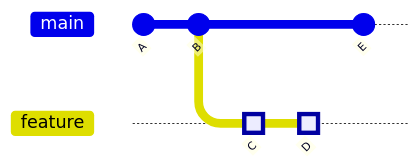
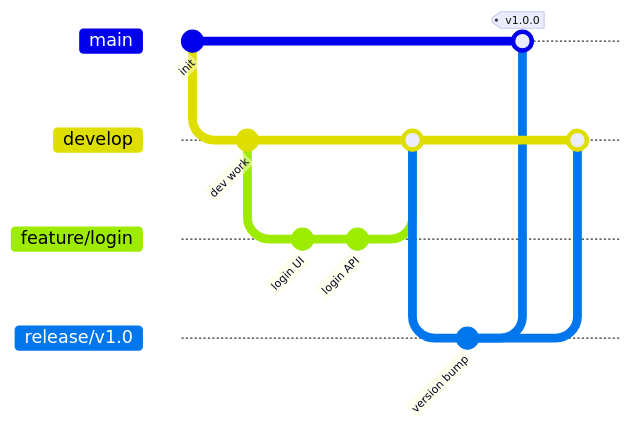
One commit to 0xkirxn/dev-notes changed the third of 5 diagrams in git/Git.md. Above: the diagram before and after it, drawn with Mermaid. The commit also changed other lines of this file and 1 other file, not shown here.

````diff
--- a/git/Git.md
+++ b/git/Git.md
@@ -181,10 +188,17 @@
 ```mermaid
 gitGraph
-    commit id: "A"
-    commit id: "B"
-    branch feature
-    commit id: "C" type: HIGHLIGHT
-    commit id: "D" type: HIGHLIGHT
+    commit id: "init"
+    branch develop
+    commit id: "dev work"
+    branch feature/login
+    commit id: "login UI"
+    commit id: "login API"
+    checkout develop
+    merge feature/login
+    branch release/v1.0
+    commit id: "version bump"
     checkout main
-    commit id: "E"
+    merge release/v1.0 tag: "v1.0.0"
+    checkout develop
+    merge release/v1.0
 ```
````
